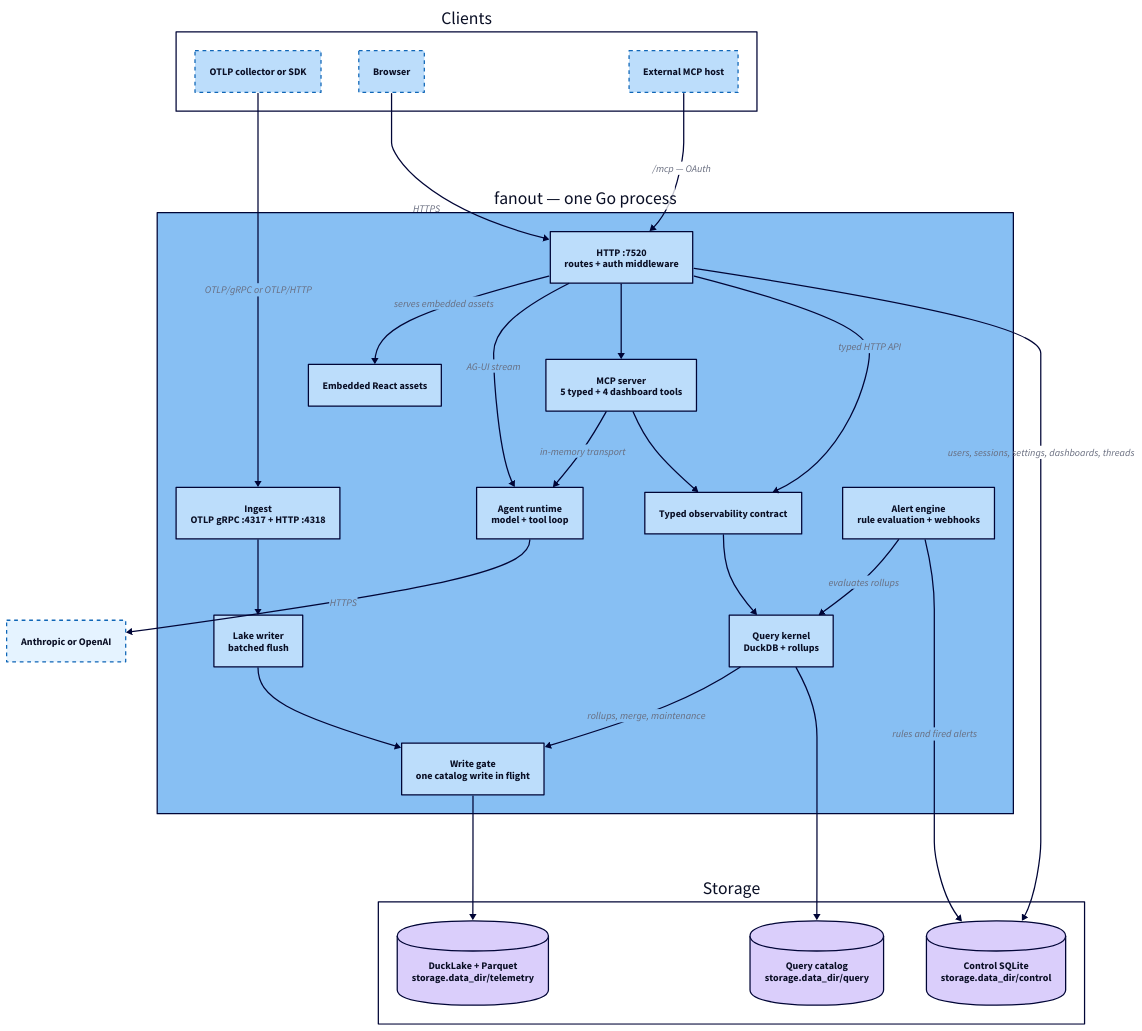
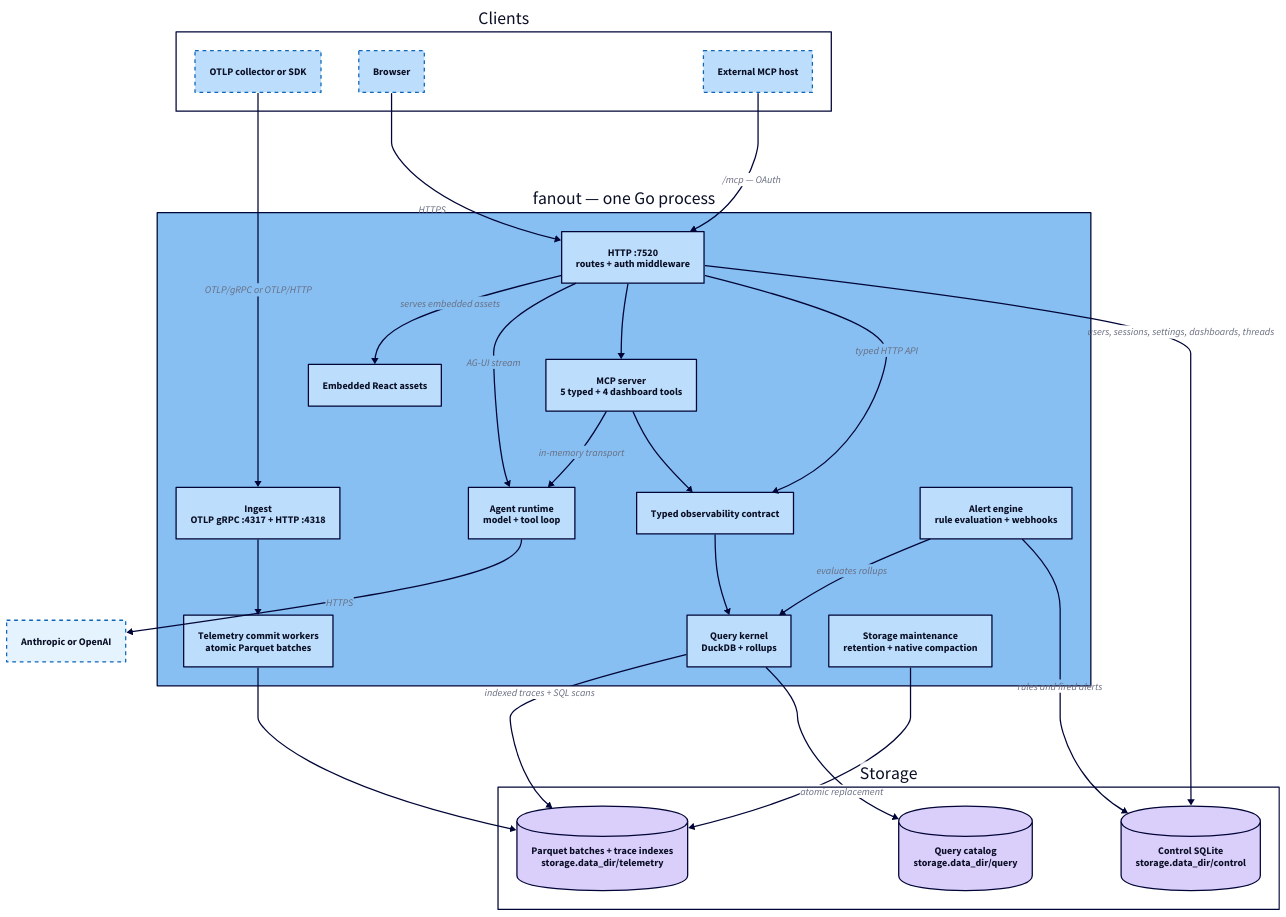
The diagram in docs/diagrams/architecture.d2 (labstack/fanout), drawn with D2 before and after one commit. The commit also changed 85 other files, not shown here.

First line of the commit message:
feat(storage)!: adopt authoritative Parquet (#207)

```diff
--- a/docs/diagrams/architecture.d2
+++ b/docs/diagrams/architecture.d2
@@ -1,64 +1,64 @@
 # Fanout runtime architecture: what one process owns, and how a request reaches
 # storage. Render with `just diagrams`; commit the SVG beside this file.
 
 vars: {
   d2-config: {
     layout-engine: dagre
     theme-id: 5
   }
 }
 
 direction: down
 
 clients: Clients {
   style.fill: transparent
   collector: "OTLP collector or SDK" {style.stroke-dash: 3}
   browser: Browser {style.stroke-dash: 3}
   ext: "External MCP host" {style.stroke-dash: 3}
 }
 
 fanout: "fanout — one Go process" {
   style.stroke-width: 2
 
   http: "HTTP :7520\nroutes + auth middleware"
   ingest: "Ingest\nOTLP gRPC :4317 + HTTP :4318"
   ui: "Embedded React assets"
   agent: "Agent runtime\nmodel + tool loop"
   mcp: "MCP server\n5 typed + 4 dashboard tools"
   obs: "Typed observability contract"
-  lake: "Lake writer\nbatched flush"
+  commit: "Telemetry commit workers\natomic Parquet batches"
   query: "Query kernel\nDuckDB + rollups"
-  gate: "Write gate\none catalog write in flight" {style.stroke-width: 2}
+  maint: "Storage maintenance\nretention + native compaction"
   alert: "Alert engine\nrule evaluation + webhooks"
 
-  ingest -> lake
+  ingest -> commit
   http -> ui: serves embedded assets
   http -> agent: AG-UI stream
   http -> mcp
   mcp -> agent: in-memory transport
   mcp -> obs
   http -> obs: typed HTTP API
   obs -> query
   alert -> query: evaluates rollups
-  lake -> gate
-  query -> gate: "rollups, merge, maintenance"
 }
 
 store: Storage {
   style.fill: transparent
-  telemetry: "DuckLake + Parquet\nstorage.data_dir/telemetry" {shape: cylinder}
+  telemetry: "Parquet batches + trace indexes\nstorage.data_dir/telemetry" {shape: cylinder}
   qstate: "Query catalog\nstorage.data_dir/query" {shape: cylinder}
   control: "Control SQLite\nstorage.data_dir/control" {shape: cylinder}
 }
 
 model: "Anthropic or OpenAI" {style.stroke-dash: 3}
 
 clients.collector -> fanout.ingest: "OTLP/gRPC or OTLP/HTTP"
 clients.browser -> fanout.http: HTTPS
 clients.ext -> fanout.http: "/mcp — OAuth"
 
-fanout.gate -> store.telemetry
+fanout.commit -> store.telemetry
+fanout.query -> store.telemetry: "indexed traces + SQL scans"
 fanout.query -> store.qstate
+fanout.maint -> store.telemetry: "atomic replacement"
 fanout.http -> store.control: "users, sessions, settings, dashboards, threads"
 fanout.alert -> store.control: "rules and fired alerts"
 fanout.agent -> model: HTTPS
```
